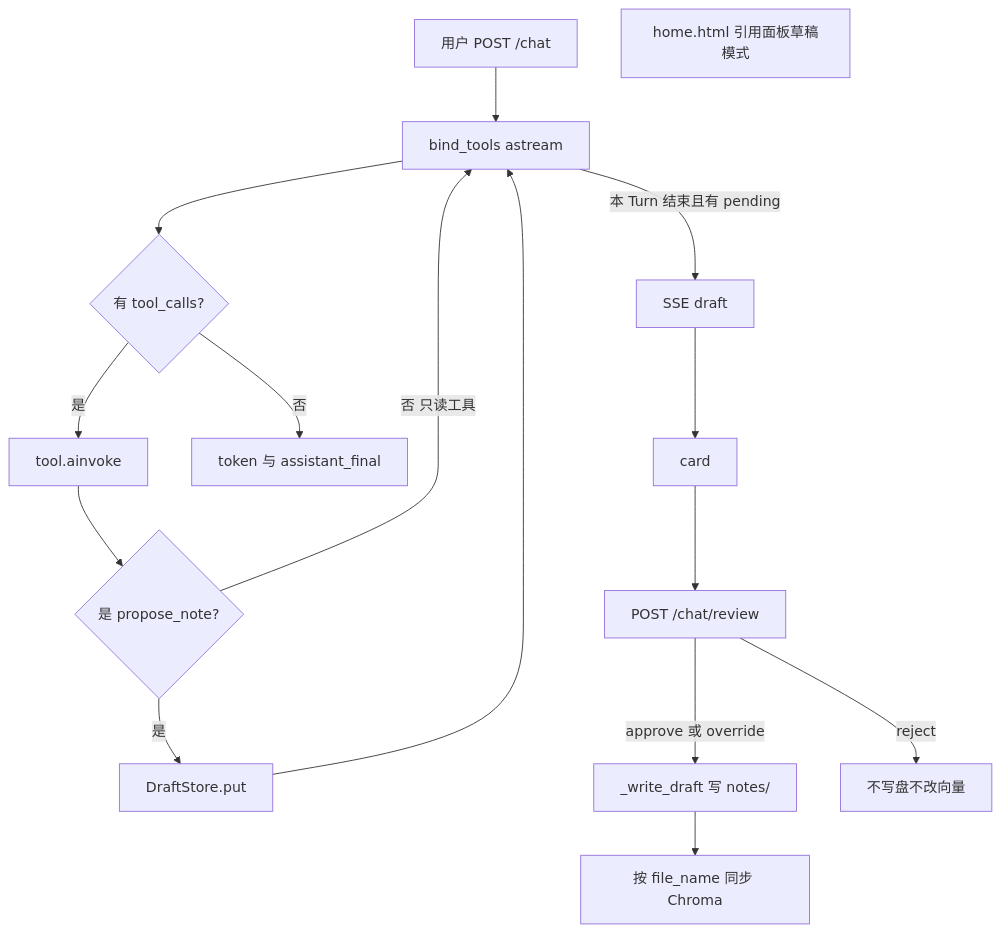
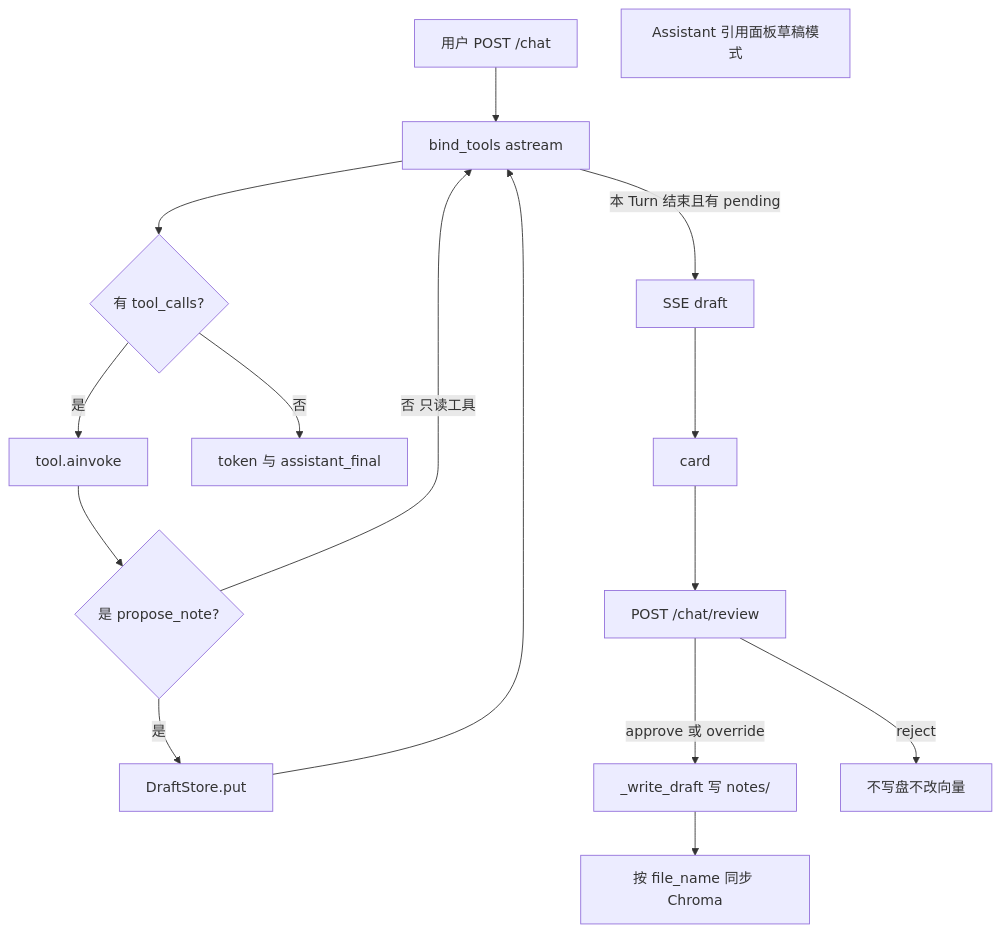
The diagram in docs/architecture/chat-tools.md (meantrick11/NoteAgent), drawn with Mermaid before and after one commit. The commit also changed other lines of this file and 10 other files, not shown here.

First line of the commit message:
docs(architecture): stop describing the frontend as a single template

````diff
--- a/docs/architecture/chat-tools.md
+++ b/docs/architecture/chat-tools.md
@@ -31,23 +33,23 @@
 ```mermaid
 flowchart TD
   user[用户 POST /chat]
   hop[bind_tools astream]
   noTool{有 tool_calls?}
   invoke[tool.ainvoke]
   propose{是 propose_note?}
   draft[DraftStore.put]
   reply[token 与 assistant_final]
   sse[SSE draft]
-  pane[home.html 引用面板草稿模式]
+  pane[Assistant 引用面板草稿模式]
   review[POST /chat/review]
   disk[_write_draft 写 notes/]
   user --> hop --> noTool
   noTool -->|否| reply
   noTool -->|是| invoke --> propose
   propose -->|否 只读工具| hop
   propose -->|是| draft --> hop
   hop -->|本 Turn 结束且有 pending| sse --> card --> review
   review -->|approve 或 override| disk
   disk --> chroma[按 file_name 同步 Chroma]
   review -->|reject| drop[不写盘不改向量]
 ```
````
